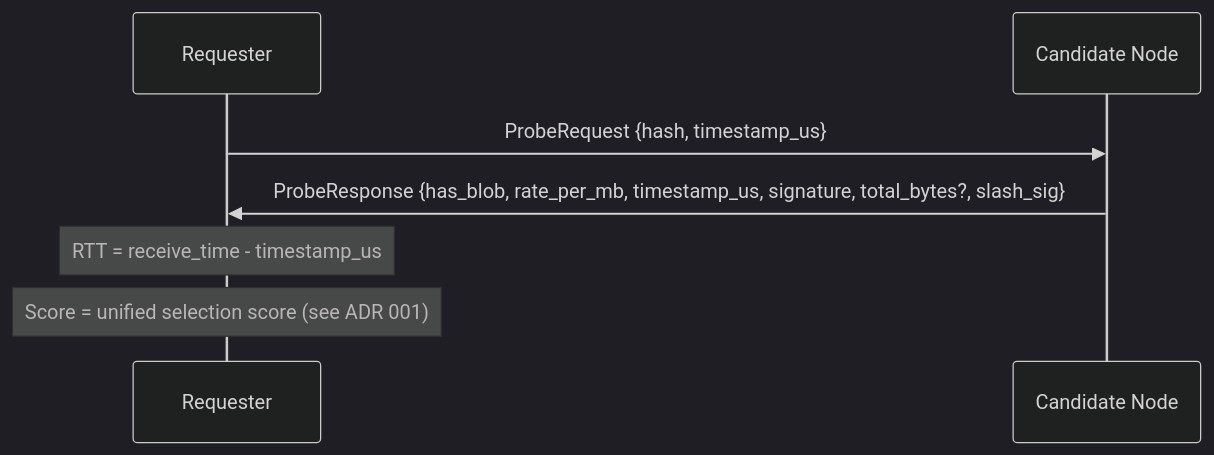
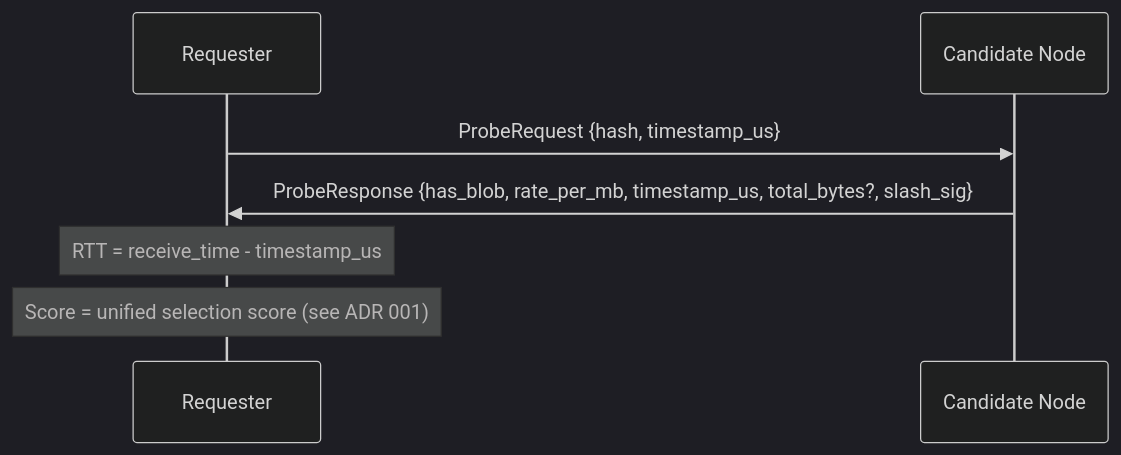
Before and after one commit to decdn/decdn: the first of 4 diagrams in adr/005-protocol.md, drawn with Mermaid (dark theme). The commit also changed other lines of this file and 9 other files, not shown here.

````diff
--- a/adr/005-protocol.md
+++ b/adr/005-protocol.md
@@ -43,11 +43,11 @@
 ```mermaid
 sequenceDiagram
     participant R as Requester
     participant C as Candidate Node
 
     R->>C: ProbeRequest {hash, timestamp_us}
-    C->>R: ProbeResponse {has_blob, rate_per_mb, timestamp_us, signature, total_bytes?, slash_sig}
+    C->>R: ProbeResponse {has_blob, rate_per_mb, timestamp_us, total_bytes?, slash_sig}
 
     Note over R: RTT = receive_time - timestamp_us
     Note over R: Score = unified selection score (see ADR 001)
 ```
````
